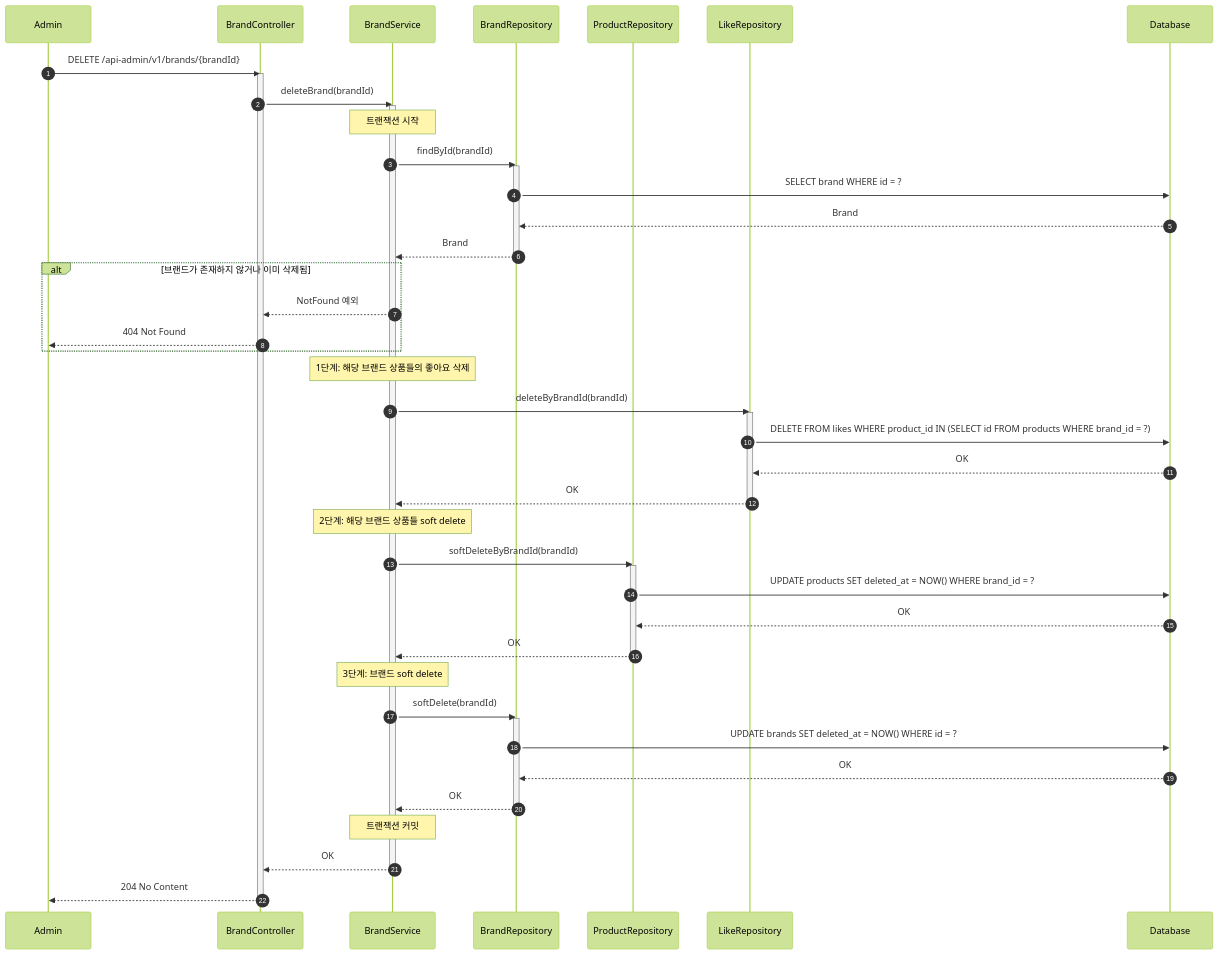
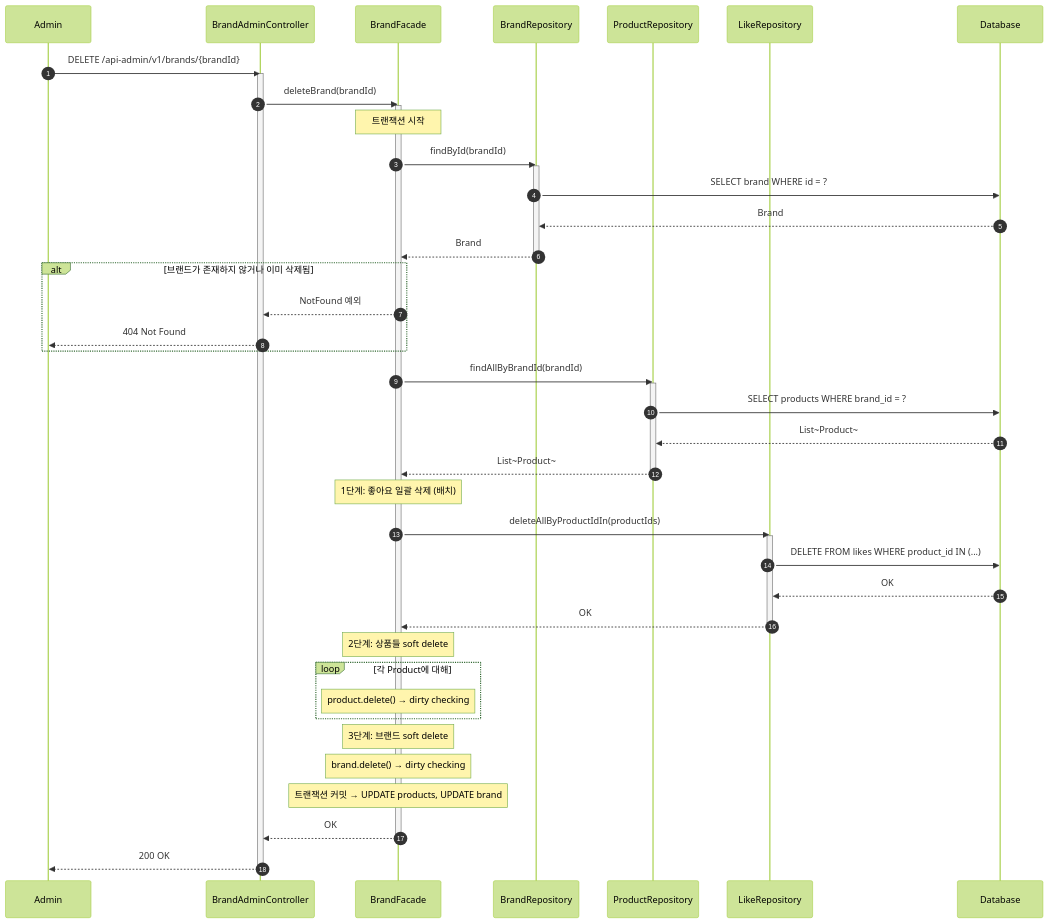
Before and after one commit to Loopers-dev-lab/loop-pack-be-l2-vol3-java: the sixth of 8 diagrams in docs/design/02-sequence-diagrams.md, drawn with Mermaid (forest theme). The commit also changed other lines of this file and 3 other files, not shown here.

````diff
--- a/docs/design/02-sequence-diagrams.md
+++ b/docs/design/02-sequence-diagrams.md
@@ -396,64 +396,62 @@
 ```mermaid
 sequenceDiagram
     autonumber
     participant Admin
-    participant Controller as BrandController
-    participant Service as BrandService
+    participant Controller as BrandAdminController
+    participant Facade as BrandFacade
     participant BrandRepo as BrandRepository
     participant ProductRepo as ProductRepository
     participant LikeRepo as LikeRepository
     participant DB as Database
 
     Admin->>Controller: DELETE /api-admin/v1/brands/{brandId}
     activate Controller
-    Controller->>Service: deleteBrand(brandId)
-    activate Service
+    Controller->>Facade: deleteBrand(brandId)
+    activate Facade
 
-    Note over Service: 트랜잭션 시작
+    Note over Facade: 트랜잭션 시작
 
-    Service->>BrandRepo: findById(brandId)
+    Facade->>BrandRepo: findById(brandId)
     activate BrandRepo
     BrandRepo->>DB: SELECT brand WHERE id = ?
     DB-->>BrandRepo: Brand
-    BrandRepo-->>Service: Brand
+    BrandRepo-->>Facade: Brand
     deactivate BrandRepo
 
     alt 브랜드가 존재하지 않거나 이미 삭제됨
-        Service-->>Controller: NotFound 예외
+        Facade-->>Controller: NotFound 예외
         Controller-->>Admin: 404 Not Found
     end
 
-    Note over Service: 1단계: 해당 브랜드 상품들의 좋아요 삭제
+    Facade->>ProductRepo: findAllByBrandId(brandId)
+    activate ProductRepo
+    ProductRepo->>DB: SELECT products WHERE brand_id = ?
+    DB-->>ProductRepo: List~Product~
+    ProductRepo-->>Facade: List~Product~
+    deactivate ProductRepo
 
-    Service->>LikeRepo: deleteByBrandId(brandId)
+    Note over Facade: 1단계: 좋아요 일괄 삭제 (배치)
+
+    Facade->>LikeRepo: deleteAllByProductIdIn(productIds)
     activate LikeRepo
-    LikeRepo->>DB: DELETE FROM likes WHERE product_id IN (SELECT id FROM products WHERE brand_id = ?)
+    LikeRepo->>DB: DELETE FROM likes WHERE product_id IN (...)
     DB-->>LikeRepo: OK
-    LikeRepo-->>Service: OK
+    LikeRepo-->>Facade: OK
     deactivate LikeRepo
 
-    Note over Service: 2단계: 해당 브랜드 상품들 soft delete
+    Note over Facade: 2단계: 상품들 soft delete
 
-    Service->>ProductRepo: softDeleteByBrandId(brandId)
-    activate ProductRepo
-    ProductRepo->>DB: UPDATE products SET deleted_at = NOW() WHERE brand_id = ?
-    DB-->>ProductRepo: OK
-    ProductRepo-->>Service: OK
-    deactivate ProductRepo
+    loop 각 Product에 대해
+        Note over Facade: product.delete() → dirty checking
+    end
 
-    Note over Service: 3단계: 브랜드 soft delete
+    Note over Facade: 3단계: 브랜드 soft delete
+    Note over Facade: brand.delete() → dirty checking
 
-    Service->>BrandRepo: softDelete(brandId)
-    activate BrandRepo
-    BrandRepo->>DB: UPDATE brands SET deleted_at = NOW() WHERE id = ?
-    DB-->>BrandRepo: OK
-    BrandRepo-->>Service: OK
-    deactivate BrandRepo
+    Note over Facade: 트랜잭션 커밋 → UPDATE products, UPDATE brand
 
-    Note over Service: 트랜잭션 커밋
-
-    Service-->>Controller: OK
-    deactivate Service
-    Controller-->>Admin: 204 No Content
+    Facade-->>Controller: OK
+    deactivate Facade
+    Controller-->>Admin: 200 OK
     deactivate Controller
 ```
````
